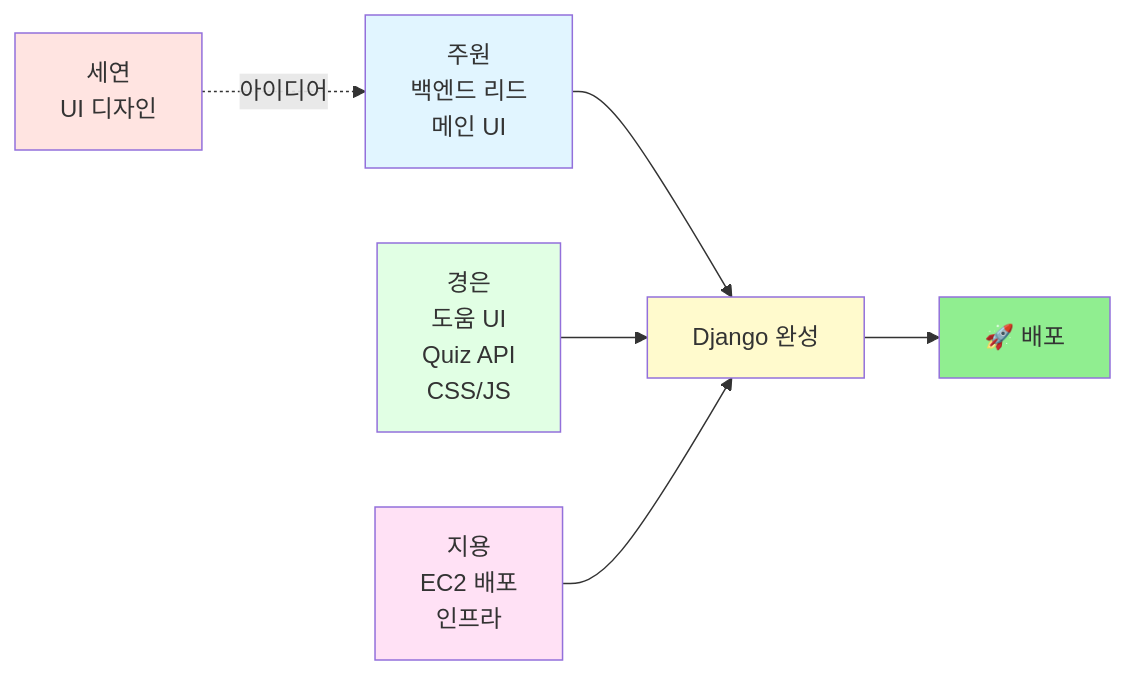
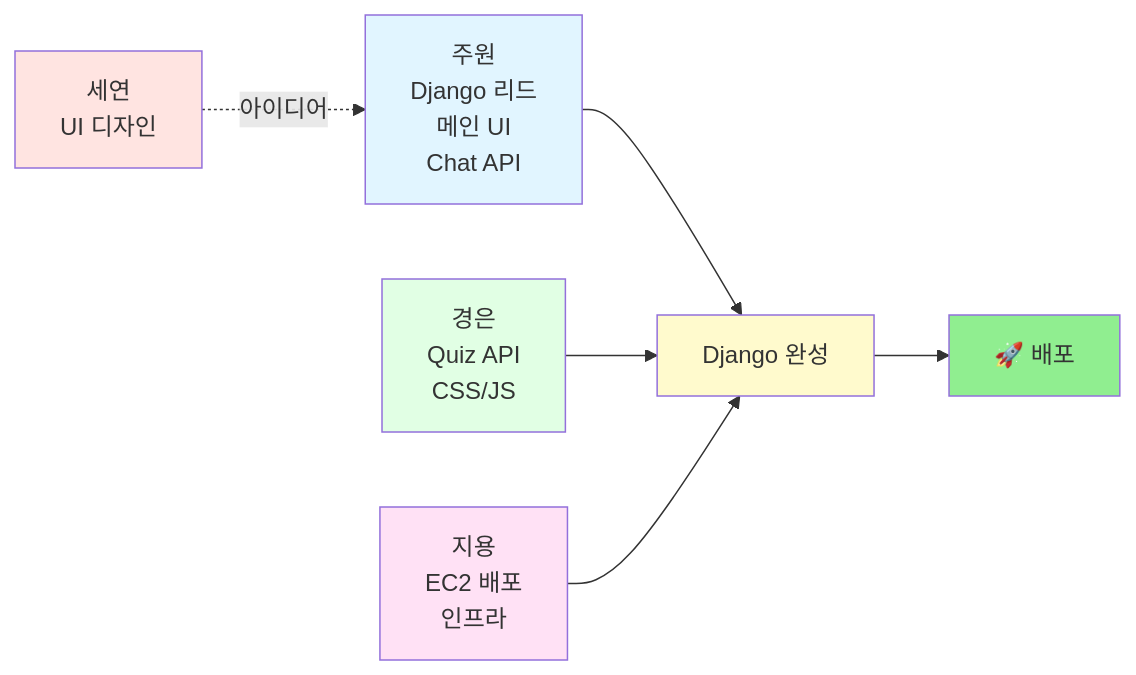
Before and after one commit to SKNETWORKS-FAMILY-AICAMP/SKN21_3rd_4Team: the first of 2 diagrams in docs/project_architecture.md, drawn with Mermaid. The commit also changed other lines of this file and 1 other file, not shown here.

````diff
--- a/docs/project_architecture.md
+++ b/docs/project_architecture.md
@@ -46,21 +46,21 @@
 ```mermaid
 graph LR
     A[세연<br/>UI 디자인] -.아이디어.-> B
     
-    B[주원<br/>백엔드 리드<br/>메인 UI]
-    C[경은<br/>도움 UI<br/>Quiz API<br/>CSS/JS]
+    B[주원<br/>Django 리드<br/>메인 UI<br/>Chat API]
+    C[경은<br/>Quiz API<br/>CSS/JS<br/>]
     D[지용<br/>EC2 배포<br/>인프라]
     
     B --> E[Django 완성]
     C --> E
     D --> E
     
     E --> F[🚀 배포]
     
     style A fill:#FFE4E1
     style B fill:#E1F5FF
     style C fill:#E1FFE4
     style D fill:#FFE1F5
     style E fill:#FFFACD
     style F fill:#90EE90
 ```
````
